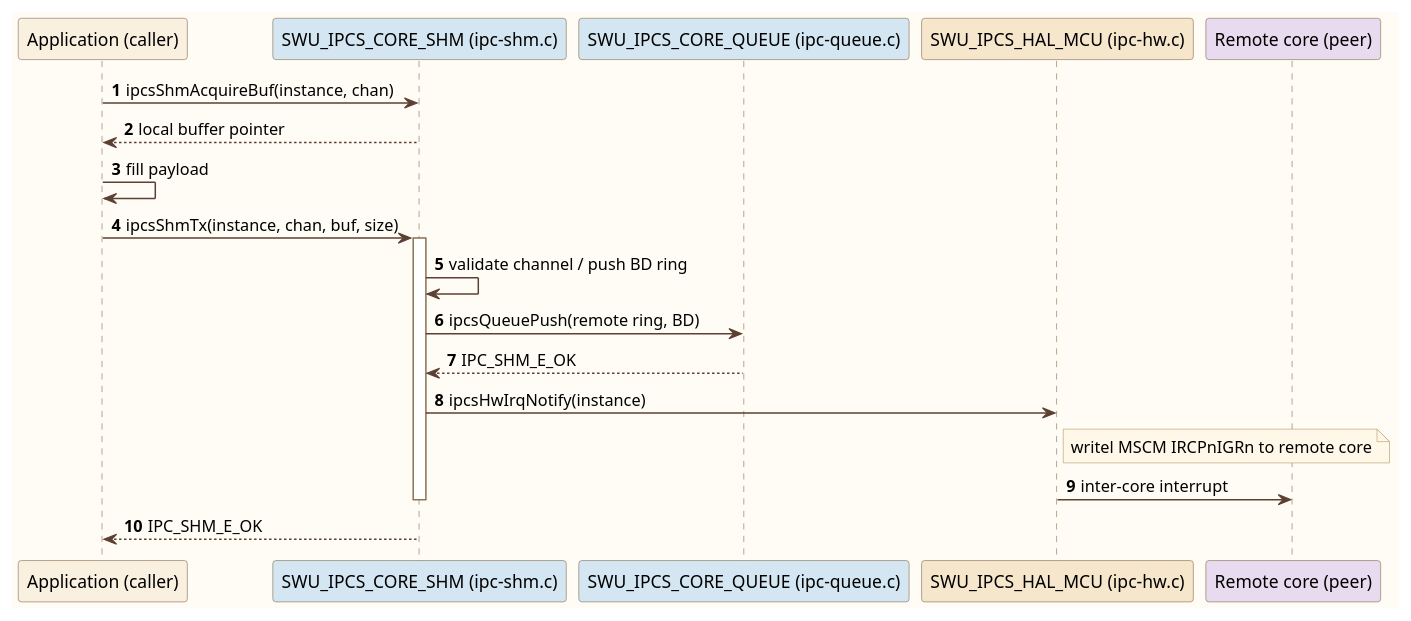
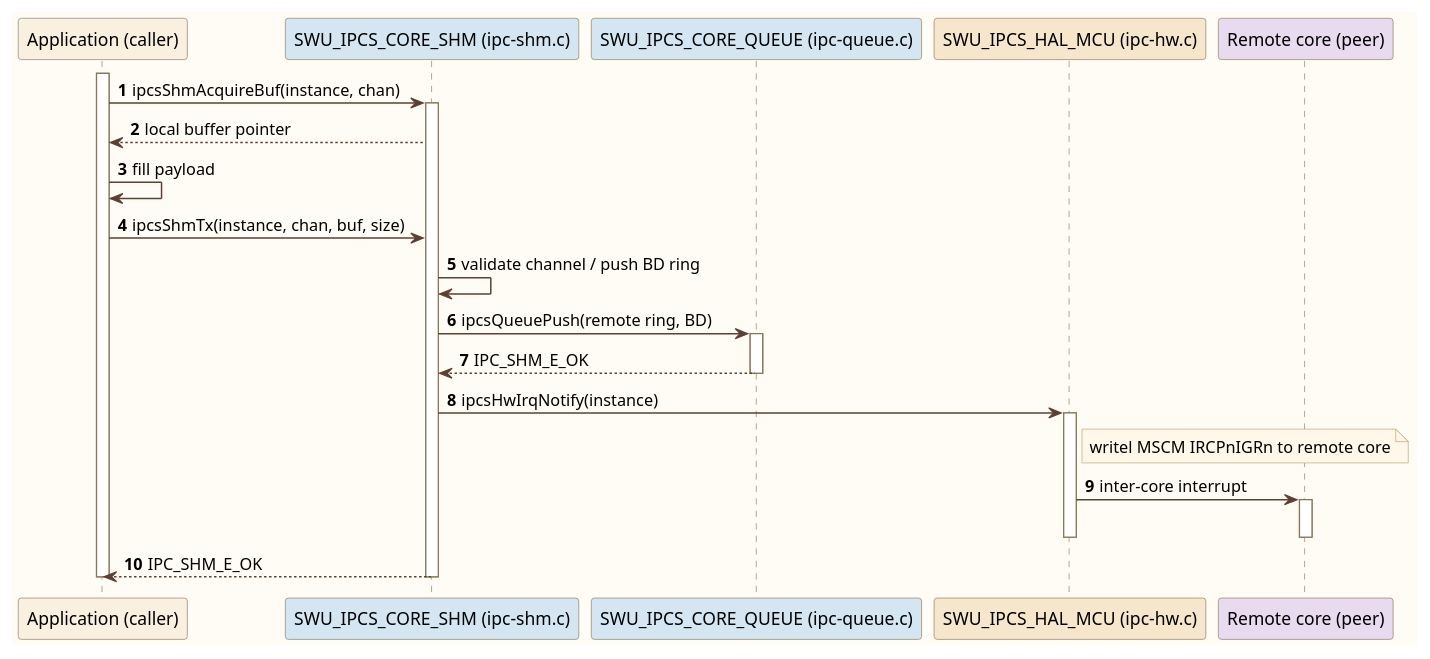
Before and after one commit to Mastang1/sad_sdd_proj: the diagram in c1_sdd_linux-ipcs/cursor_tmp/flow_umls/rtos_seq_tx_managed.puml, drawn with PlantUML. The commit also changed 208 other files, not shown here.

```diff
--- a/c1_sdd_linux-ipcs/cursor_tmp/flow_umls/rtos_seq_tx_managed.puml
+++ b/c1_sdd_linux-ipcs/cursor_tmp/flow_umls/rtos_seq_tx_managed.puml
@@ -1,40 +1,48 @@
 @startuml
 skinparam backgroundColor #FFFCF5
 skinparam sequenceArrowThickness 1.2
 skinparam sequence {
   ArrowColor #5C4033
   LifeLineBorderColor #8B7355
   ParticipantBorderColor #8B7355
   BoxBorderColor #A08060
 }
 skinparam note {
   BackgroundColor #FFF8E8
   BorderColor #B89968
 }
 skinparam actor {
   BackgroundColor #FAF0E0
   BorderColor #8B7355
 }
 participant "Application (caller)" as APP #FAF0E0
 participant "SWU_IPCS_CORE_SHM (ipc-shm.c)" as CORE #D4E6F1
 participant "SWU_IPCS_CORE_QUEUE (ipc-queue.c)" as QUEUE #D4E6F1
 participant "SWU_IPCS_HAL_MCU (ipc-hw.c)" as HAL #F5E6CC
 participant "Remote core (peer)" as REMOTE #E8DAEF
 
 autonumber
+activate APP
 APP -> CORE : ipcsShmAcquireBuf(instance, chan)
+activate CORE
 CORE --> APP : local buffer pointer
 APP -> APP : fill payload
 APP -> CORE : ipcsShmTx(instance, chan, buf, size)
-activate CORE
 CORE -> CORE : validate channel / push BD ring
 CORE -> QUEUE : ipcsQueuePush(remote ring, BD)
+activate QUEUE
 QUEUE --> CORE : IPC_SHM_E_OK
+deactivate QUEUE
 CORE -> HAL : ipcsHwIrqNotify(instance)
+activate HAL
 note right of HAL
   writel MSCM IRCPnIGRn to remote core
 end note
 HAL -> REMOTE : inter-core interrupt
+activate REMOTE
+deactivate REMOTE
+deactivate HAL
+CORE --> APP : IPC_SHM_E_OK
 deactivate CORE
-CORE --> APP : IPC_SHM_E_OK
+deactivate APP
 @enduml
```
